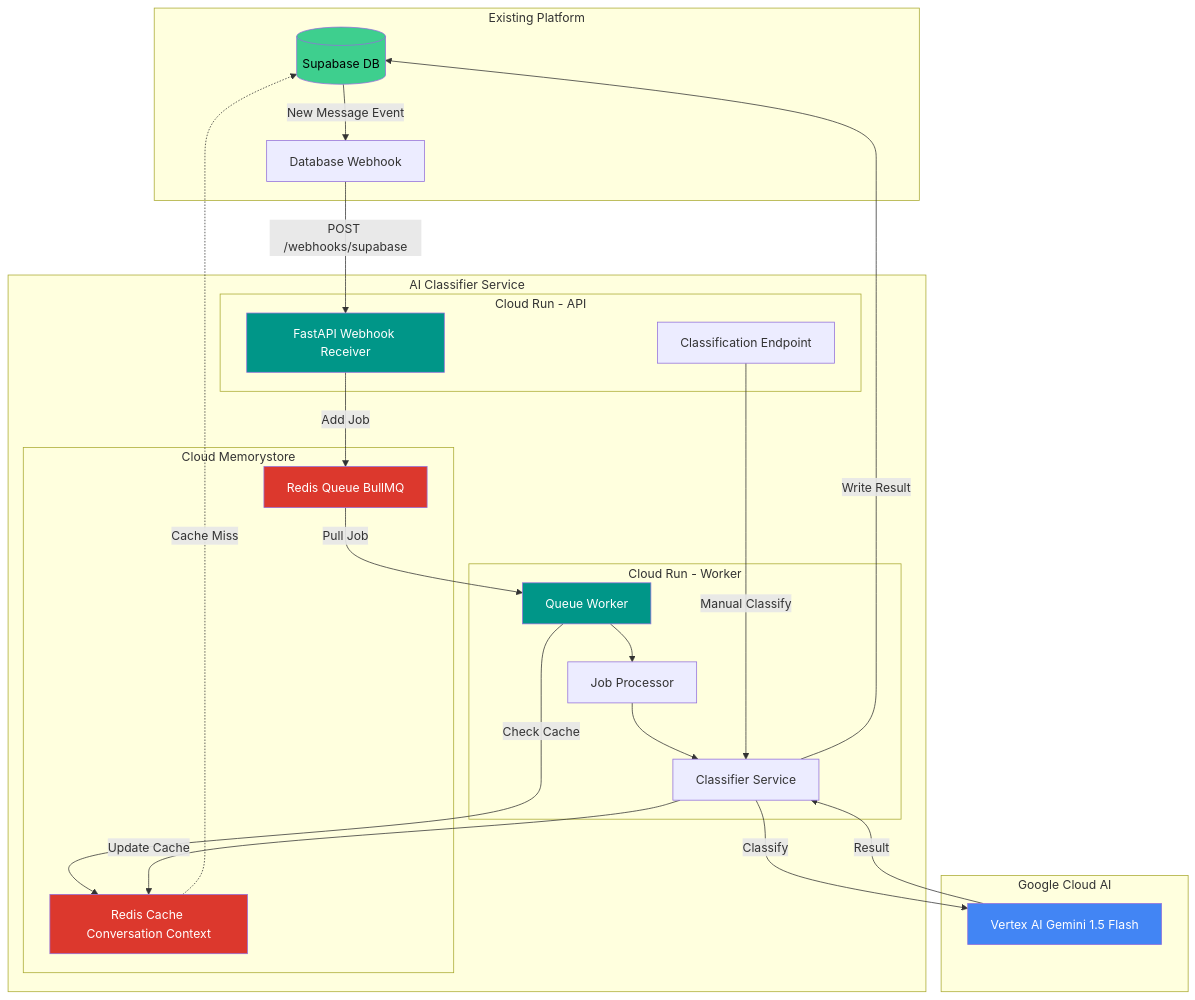
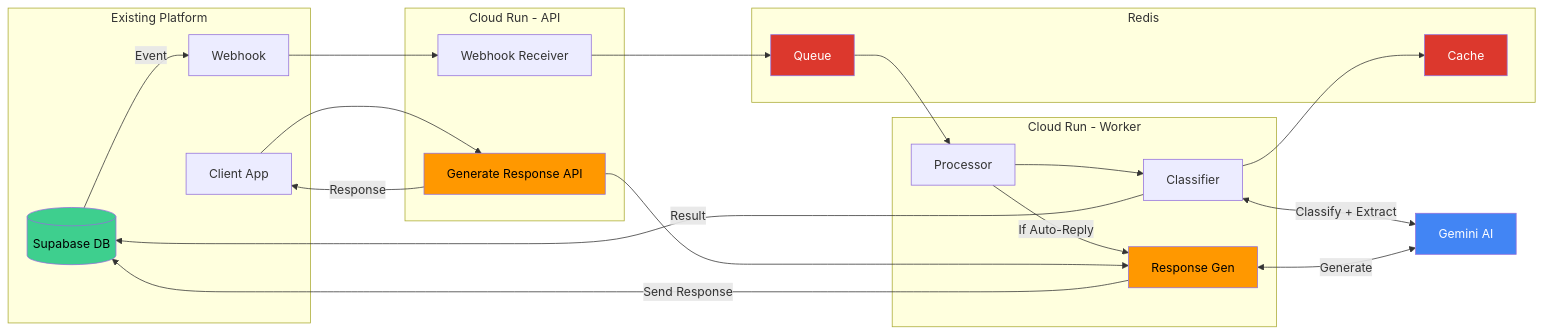
One commit to ogtayhuseynov0/river-ai-classifier-tet changed the diagram in diagrams/01-system-architecture.mermaid. Above: the diagram before and after it, drawn with Mermaid. The commit also changed 2 other files, not shown here.

```diff
--- a/diagrams/01-system-architecture.mermaid
+++ b/diagrams/01-system-architecture.mermaid
@@ -1,48 +1,49 @@
-flowchart TB
-    subgraph "Existing Platform"
+flowchart LR
+    subgraph Platform["Existing Platform"]
         SP[(Supabase DB)]
-        WH[Database Webhook]
+        WH[Webhook]
+        CLIENT[Client App]
     end
 
-    subgraph "AI Classifier Service"
-        subgraph "Cloud Run - API"
-            API[FastAPI Webhook Receiver]
-            CE[Classification Endpoint]
-        end
-
-        subgraph "Cloud Memorystore"
-            RQ[Redis Queue BullMQ]
-            RC[Redis Cache Conversation Context]
-        end
-
-        subgraph "Cloud Run - Worker"
-            W[Queue Worker]
-            JP[Job Processor]
-            CL[Classifier Service]
-        end
+    subgraph API["Cloud Run - API"]
+        RECV[Webhook Receiver]
+        GEN_EP[Generate Response API]
     end
 
-    subgraph "Google Cloud AI"
-        VA[Vertex AI Gemini 1.5 Flash]
+    subgraph Cache["Redis"]
+        RQ[Queue]
+        RC[Cache]
     end
 
-    SP -->|New Message Event| WH
-    WH -->|POST /webhooks/supabase| API
-    API -->|Add Job| RQ
-    RQ -->|Pull Job| W
-    W -->|Check Cache| RC
-    RC -.->|Cache Miss| SP
-    W --> JP
-    JP --> CL
-    CL -->|Classify| VA
-    VA -->|Result| CL
-    CL -->|Update Cache| RC
-    CL -->|Write Result| SP
-    CE -->|Manual Classify| CL
+    subgraph Worker["Cloud Run - Worker"]
+        PROC[Processor]
+        CL[Classifier]
+        RG[Response Gen]
+    end
+
+    VA[Gemini AI]
+
+    %% Classification + Auto-Response Flow
+    SP -->|Event| WH
+    WH --> RECV
+    RECV --> RQ
+    RQ --> PROC
+    PROC --> CL
+    CL <-->|Classify + Extract| VA
+    CL --> RC
+    CL -->|Result| SP
+    PROC -->|If Auto-Reply| RG
+    RG <-->|Generate| VA
+    RG -->|Send Response| SP
+
+    %% Manual Response Generation
+    CLIENT --> GEN_EP
+    GEN_EP --> RG
+    GEN_EP -->|Response| CLIENT
 
     style SP fill:#3ECF8E,color:#000
     style VA fill:#4285F4,color:#fff
     style RQ fill:#DC382D,color:#fff
     style RC fill:#DC382D,color:#fff
-    style API fill:#009688,color:#fff
-    style W fill:#009688,color:#fff
+    style GEN_EP fill:#FF9800,color:#000
+    style RG fill:#FF9800,color:#000
```
